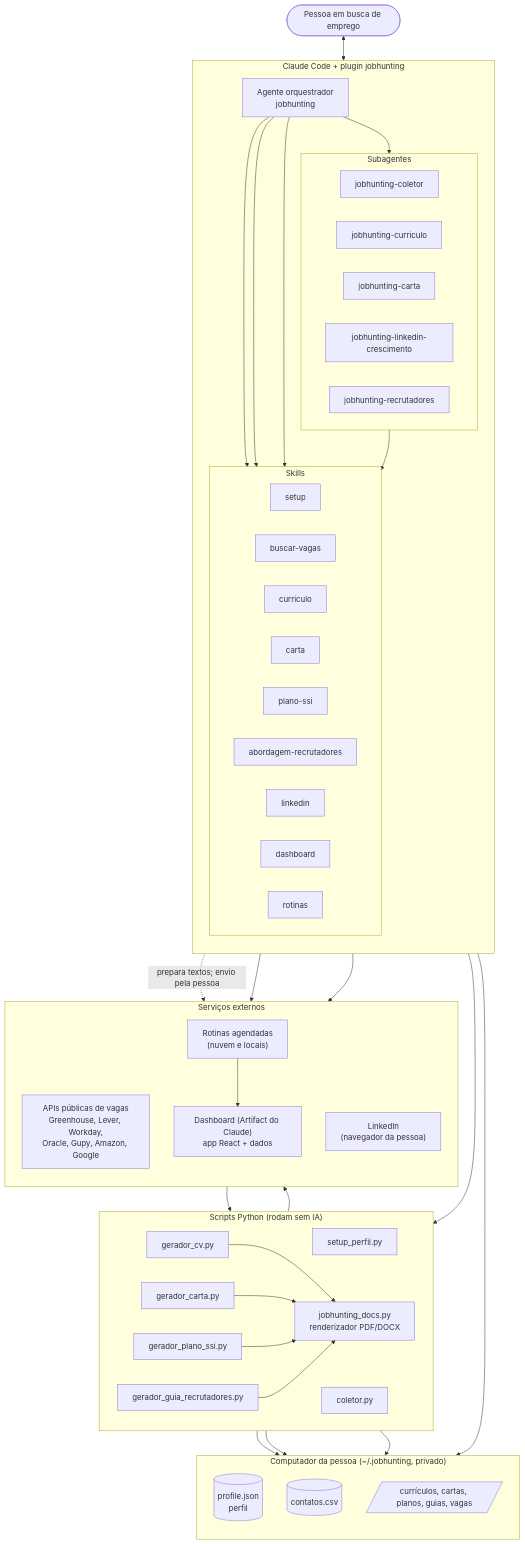
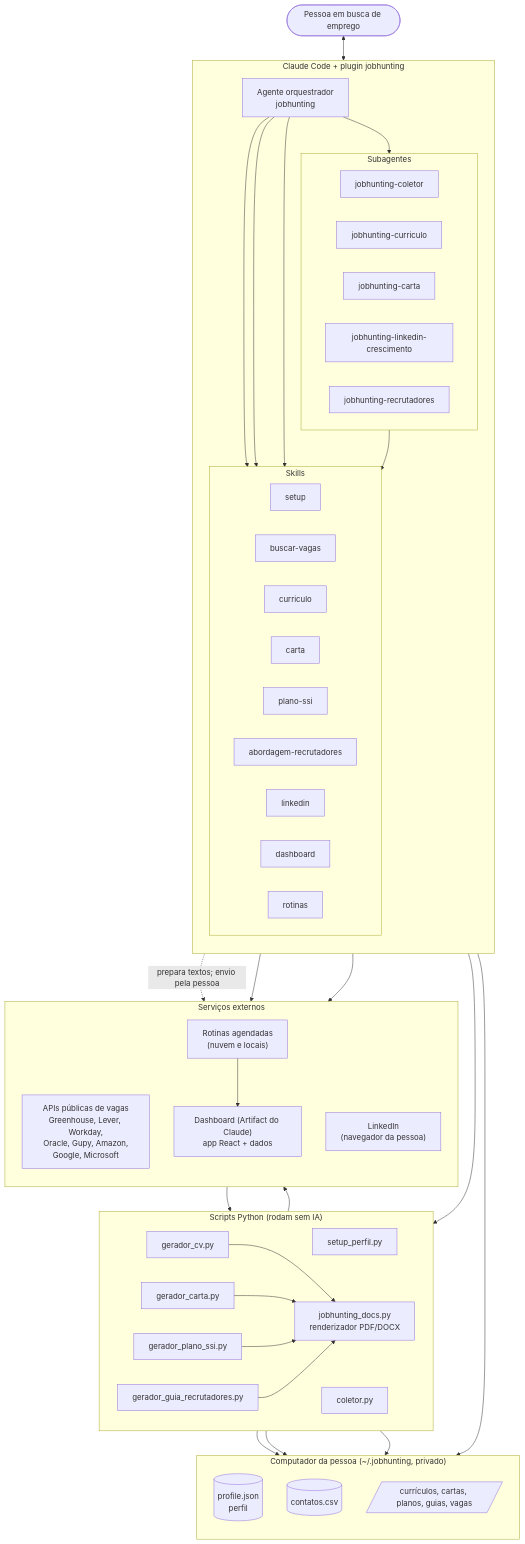
Before and after one commit to fajoao/JobHunting: the first of 3 diagrams in docs/arquitetura.md, drawn with Mermaid. The commit also changed 13 other files, not shown here.

````diff
--- a/docs/arquitetura.md
+++ b/docs/arquitetura.md
@@ -7,72 +7,72 @@
 ```mermaid
 flowchart TB
     U([Pessoa em busca de emprego])
 
     subgraph CC["Claude Code + plugin jobhunting"]
         direction TB
         ORQ["Agente orquestrador<br/>jobhunting"]
         subgraph SUB["Subagentes"]
             direction LR
             A1[jobhunting-coletor]
             A2[jobhunting-curriculo]
             A3[jobhunting-carta]
             A4[jobhunting-linkedin-crescimento]
             A5[jobhunting-recrutadores]
         end
         subgraph SK["Skills"]
             direction LR
             S0[setup]
             S1[buscar-vagas]
             S2[curriculo]
             S3[carta]
             S4[plano-ssi]
             S5[abordagem-recrutadores]
             S6[linkedin]
             S7[dashboard]
             S8[rotinas]
         end
         ORQ --> SUB
         SUB --> SK
         ORQ --> S0 & S7 & S8
     end
 
     subgraph LOCAL["Computador da pessoa (~/.jobhunting, privado)"]
         direction TB
         P[(profile.json<br/>perfil)]
         C[(contatos.csv)]
         O[/currículos, cartas, planos, guias, vagas/]
     end
 
     subgraph PY["Scripts Python (rodam sem IA)"]
         direction LR
         G0[setup_perfil.py]
         G1[coletor.py]
         G2[gerador_cv.py]
         G3[gerador_carta.py]
         G4[gerador_plano_ssi.py]
         G5[gerador_guia_recrutadores.py]
         R[jobhunting_docs.py<br/>renderizador PDF/DOCX]
         G2 & G3 & G4 & G5 --> R
     end
 
     subgraph EXT["Serviços externos"]
         direction TB
-        ATS["APIs públicas de vagas<br/>Greenhouse, Lever, Workday,<br/>Oracle, Gupy, Amazon, Google"]
+        ATS["APIs públicas de vagas<br/>Greenhouse, Lever, Workday,<br/>Oracle, Gupy, Amazon,<br/>Google, Microsoft"]
         LI["LinkedIn<br/>(navegador da pessoa)"]
         DASH["Dashboard (Artifact do Claude)<br/>app React + dados"]
         ROT["Rotinas agendadas<br/>(nuvem e locais)"]
     end
 
     U <--> ORQ
     SK --> PY
     G0 --> P
     PY --> P
     PY --> O
     G1 --> ATS
     S6 -. "prepara textos; envio pela pessoa" .-> LI
     S6 --> C
     S7 --> DASH
     S8 --> ROT
     ROT --> G1
     ROT --> DASH
 ```
````
